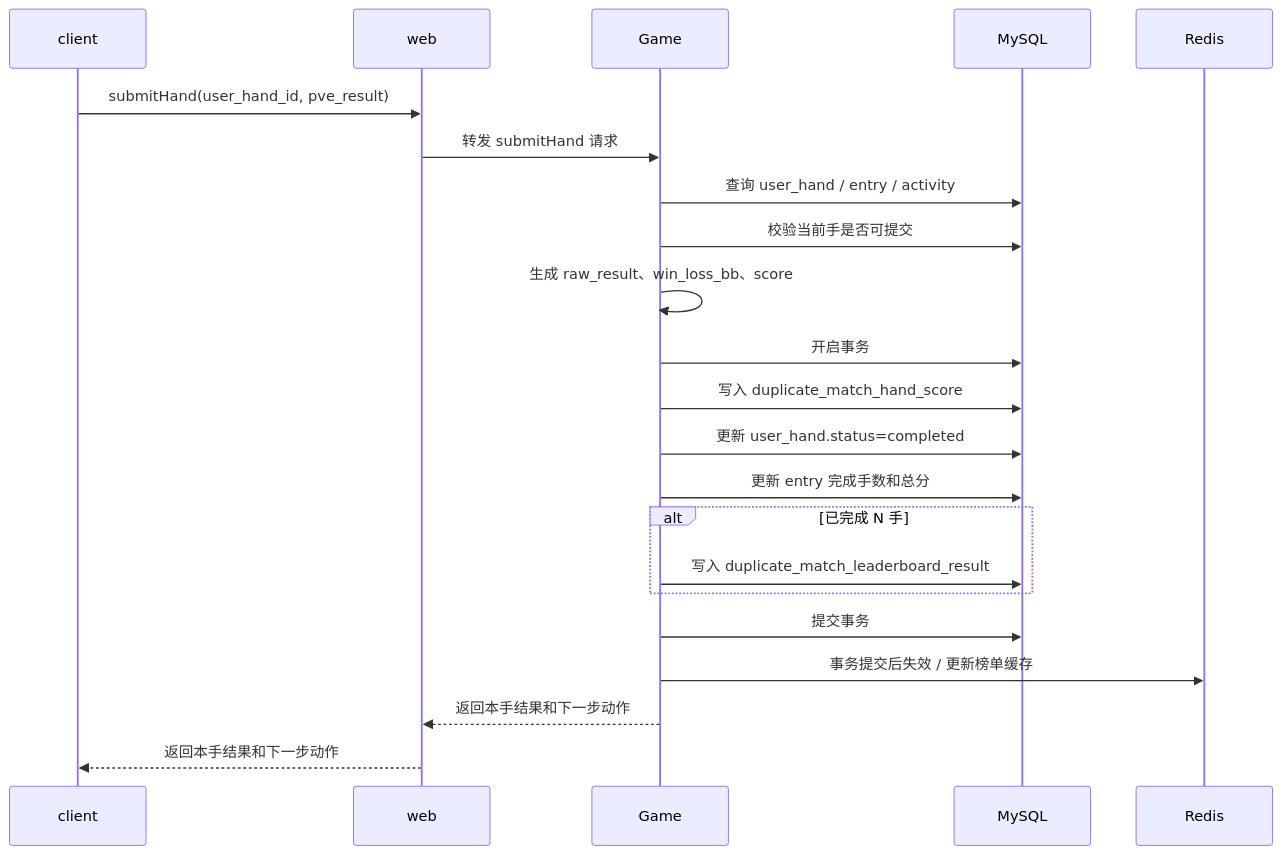
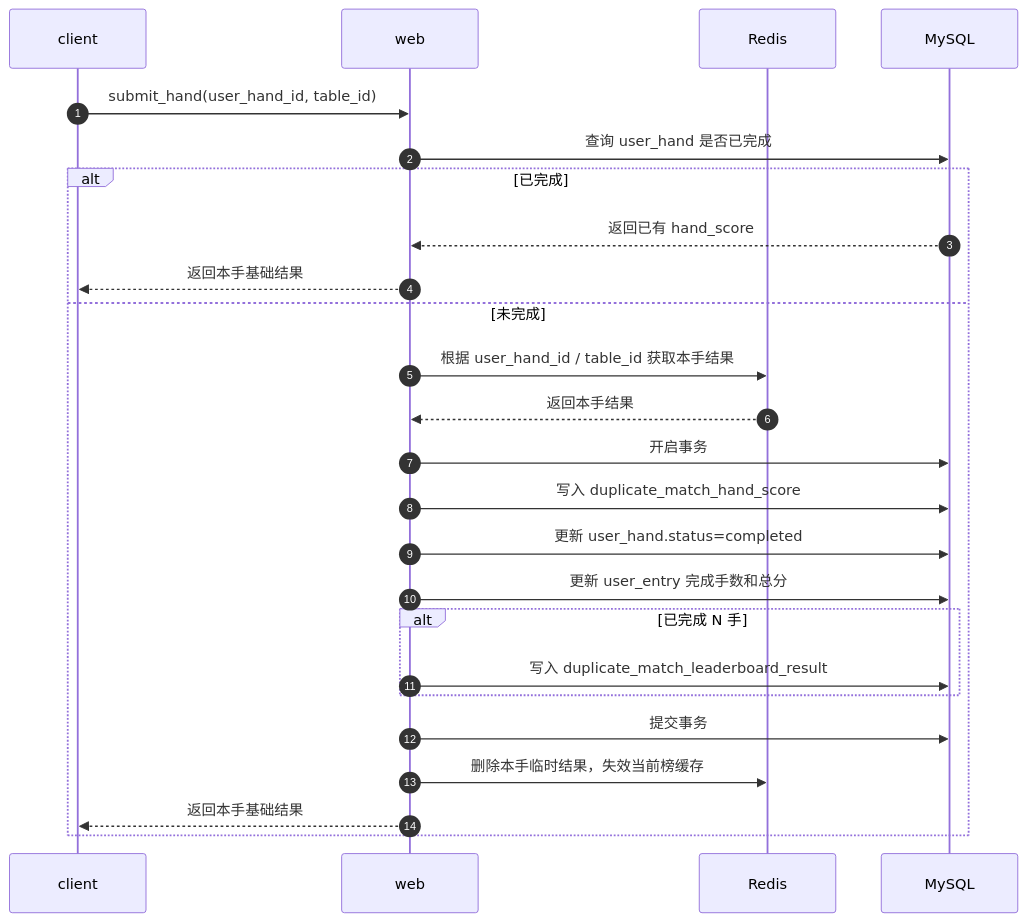
Before and after one commit to zdl20251023-pixel/agent-frame: the ninth of 12 diagrams in docs/复述扑克/评审02/02-设计文档.md, drawn with Mermaid. The commit also changed other lines of this file and 1 other file, not shown here.

````diff
--- a/docs/复述扑克/评审02/02-设计文档.md
+++ b/docs/复述扑克/评审02/02-设计文档.md
@@ -308,28 +408,28 @@
 ```mermaid
 sequenceDiagram
+    autonumber
     participant client
     participant web
-    participant Game
+    participant Redis
     participant MySQL
-    participant Redis
 
-    client->>web: submitHand(user_hand_id, pve_result)
-    web->>Game: 转发 submitHand 请求
-    Game->>MySQL: 查询 user_hand / entry / activity
-    Game->>MySQL: 校验当前手是否可提交
-    Game->>Game: 生成 raw_result、win_loss_bb、score
-
-    Game->>MySQL: 开启事务
-    Game->>MySQL: 写入 duplicate_match_hand_score
-    Game->>MySQL: 更新 user_hand.status=completed
-    Game->>MySQL: 更新 entry 完成手数和总分
-
-    alt 已完成 N 手
-        Game->>MySQL: 写入 duplicate_match_leaderboard_result
+    client->>web: submit_hand(user_hand_id, table_id)
+    web->>MySQL: 查询 user_hand 是否已完成
+    alt 已完成
+        MySQL-->>web: 返回已有 hand_score
+        web-->>client: 返回本手基础结果
+    else 未完成
+        web->>Redis: 根据 user_hand_id / table_id 获取本手结果
+        Redis-->>web: 返回本手结果
+        web->>MySQL: 开启事务
+        web->>MySQL: 写入 duplicate_match_hand_score
+        web->>MySQL: 更新 user_hand.status=completed
+        web->>MySQL: 更新 user_entry 完成手数和总分
+        alt 已完成 N 手
+            web->>MySQL: 写入 duplicate_match_leaderboard_result
+        end
+        web->>MySQL: 提交事务
+        web->>Redis: 删除本手临时结果，失效当前榜缓存
+        web-->>client: 返回本手基础结果
     end
-
-    Game->>MySQL: 提交事务
-    Game->>Redis: 事务提交后失效 / 更新榜单缓存
-    Game-->>web: 返回本手结果和下一步动作
-    web-->>client: 返回本手结果和下一步动作
 ```
````
